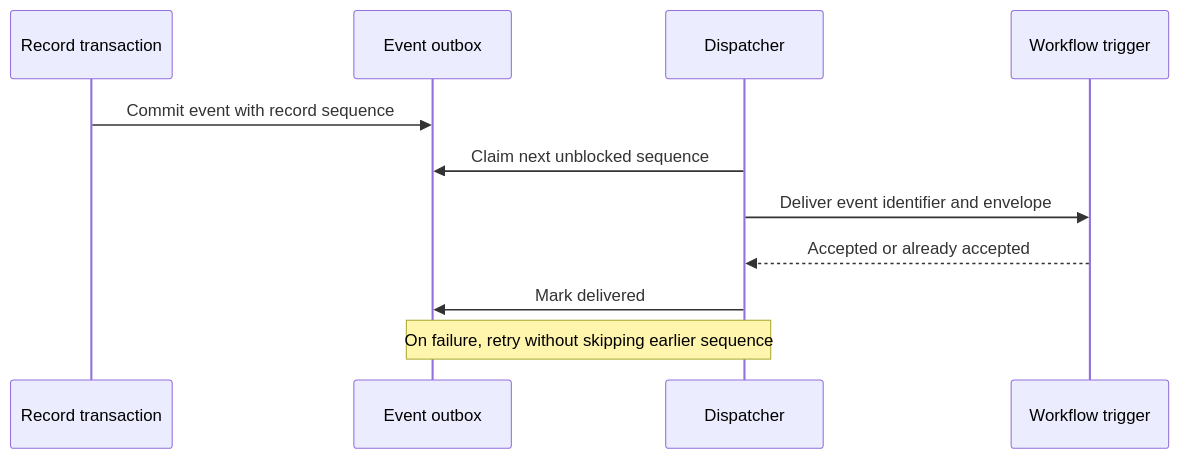
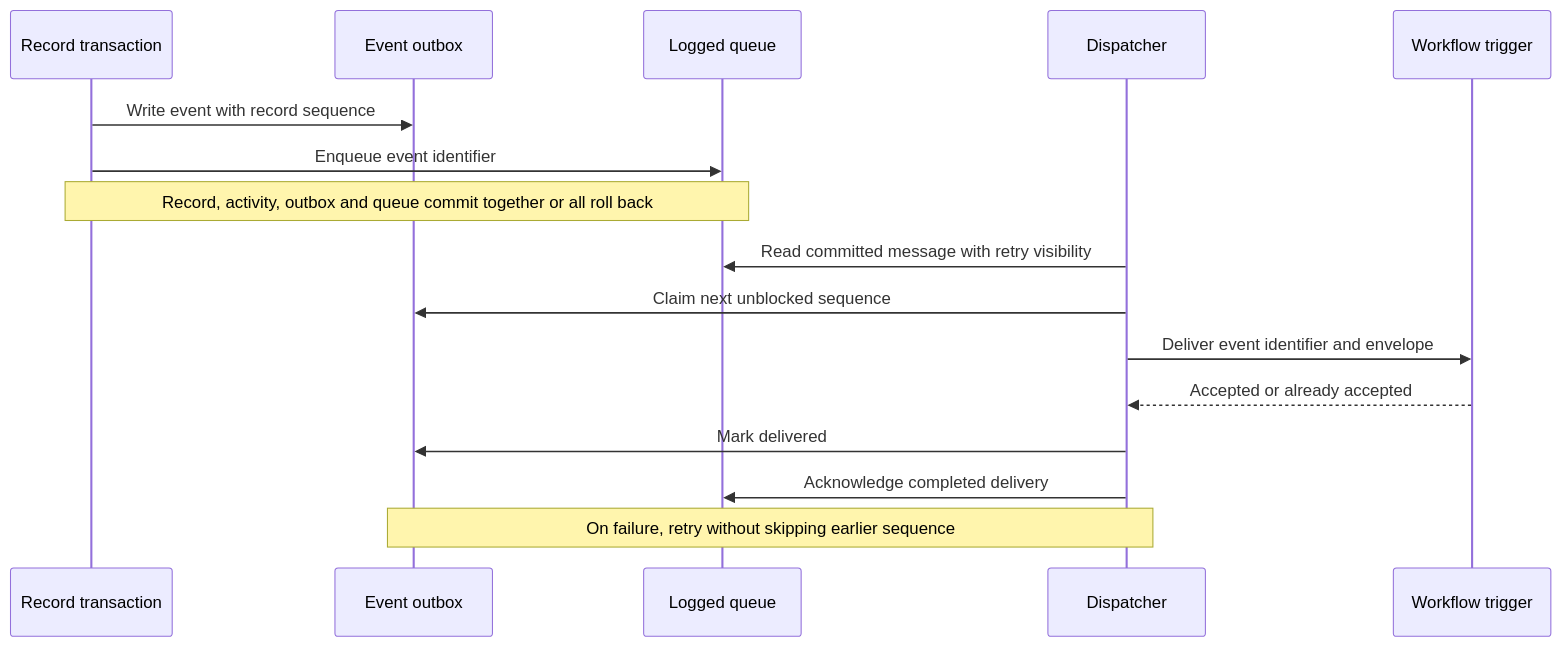
Before and after one commit to Abzum-NZ/Abzum-Vortex: the second of 2 diagrams in docs/specification/08-forms-actions-rules-and-events.md, drawn with Mermaid. The commit also changed other lines of this file and 2 other files, not shown here.

Commit message:
Align record save and event delivery dependencies

````diff
--- a/docs/specification/08-forms-actions-rules-and-events.md
+++ b/docs/specification/08-forms-actions-rules-and-events.md
@@ -139,13 +140,18 @@
 ```mermaid
 sequenceDiagram
     participant DB as Record transaction
     participant Outbox as Event outbox
+    participant Queue as Logged queue
     participant Dispatch as Dispatcher
     participant Consumer as Workflow trigger
-    DB->>Outbox: Commit event with record sequence
+    DB->>Outbox: Write event with record sequence
+    DB->>Queue: Enqueue event identifier
+    Note over DB,Queue: Record, activity, outbox and queue commit together or all roll back
+    Dispatch->>Queue: Read committed message with retry visibility
     Dispatch->>Outbox: Claim next unblocked sequence
     Dispatch->>Consumer: Deliver event identifier and envelope
     Consumer-->>Dispatch: Accepted or already accepted
     Dispatch->>Outbox: Mark delivered
+    Dispatch->>Queue: Acknowledge completed delivery
     Note over Dispatch,Outbox: On failure, retry without skipping earlier sequence
 ```
````
